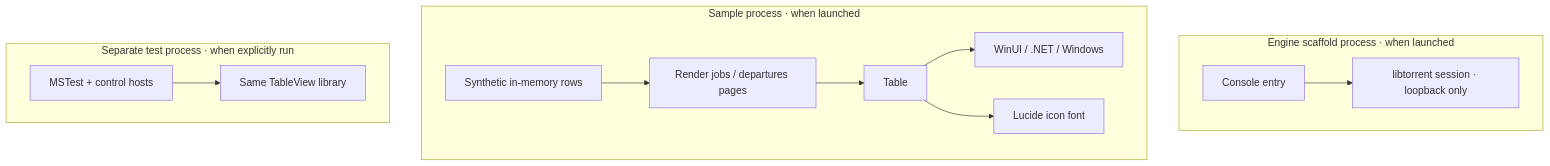
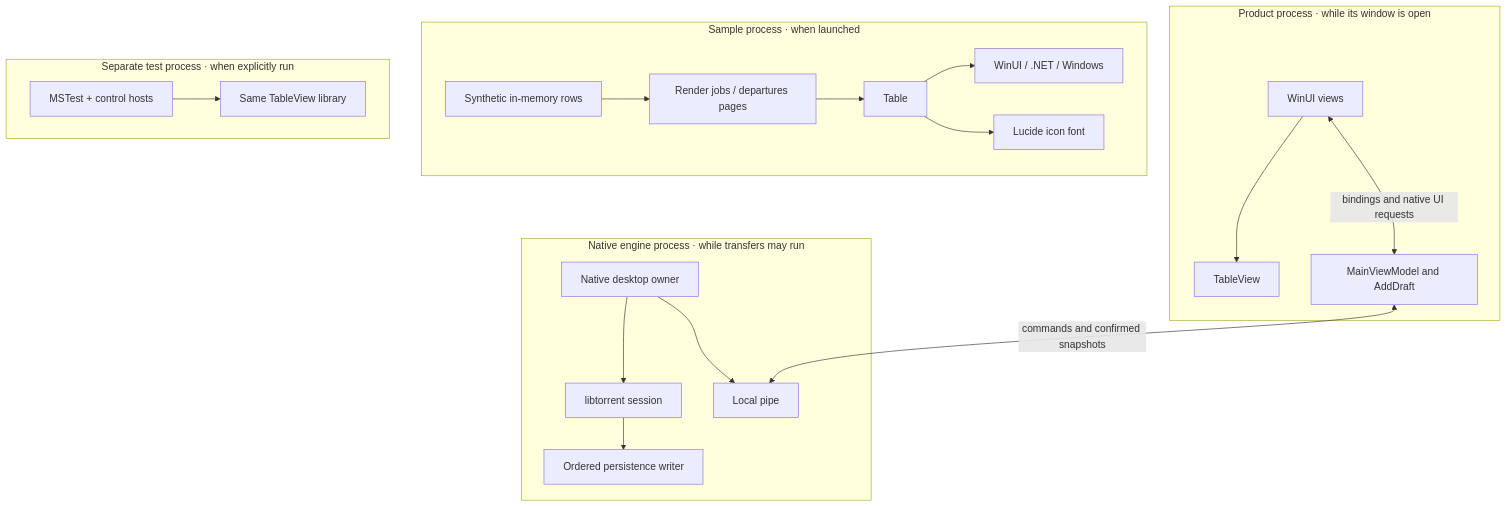
Before and after one commit to SynoSoftware/TinyTorrent2: the first of 2 diagrams in docs/architecture-current.md, drawn with Mermaid. The commit also changed other lines of this file and 52 other files, not shown here.

Commit message:
Add a persistent torrent engine and MVVM download window

````diff
--- a/docs/architecture-current.md
+++ b/docs/architecture-current.md
@@ -25,15 +28,22 @@
 ```mermaid
 flowchart TB
-    subgraph Engine["Engine scaffold process · when launched"]
-        Entry["Console entry"] --> Session["libtorrent session · loopback only"]
+    subgraph Engine["Native engine process · while transfers may run"]
+        Entry["Native desktop owner"] --> Session["libtorrent session"]
+        Entry --> Pipe["Local pipe"]
+        Session --> Store["Ordered persistence writer"]
+    end
+    subgraph Product["Product process · while its window is open"]
+        Window["WinUI views"] --> ProductTable["TableView"]
+        Window <-->|"bindings and native UI requests"| Presentation["MainViewModel and AddDraft"]
+        Presentation <-->|"commands and confirmed snapshots"| Pipe
     end
     subgraph Sample["Sample process · when launched"]
         Pages["Render jobs / departures pages"] --> Table["Table"]
         Data["Synthetic in-memory rows"] --> Pages
         Table --> Platform["WinUI / .NET / Windows"]
         Table --> Icons["Lucide icon font"]
     end
     subgraph Tests["Separate test process · when explicitly run"]
         Harness["MSTest + control hosts"] --> TestedTable["Same TableView library"]
     end
 ```
````
